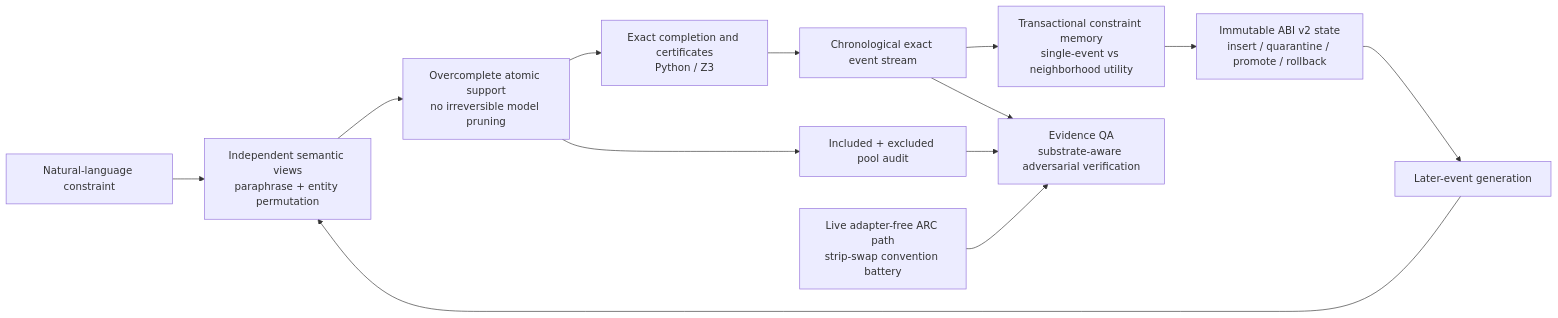
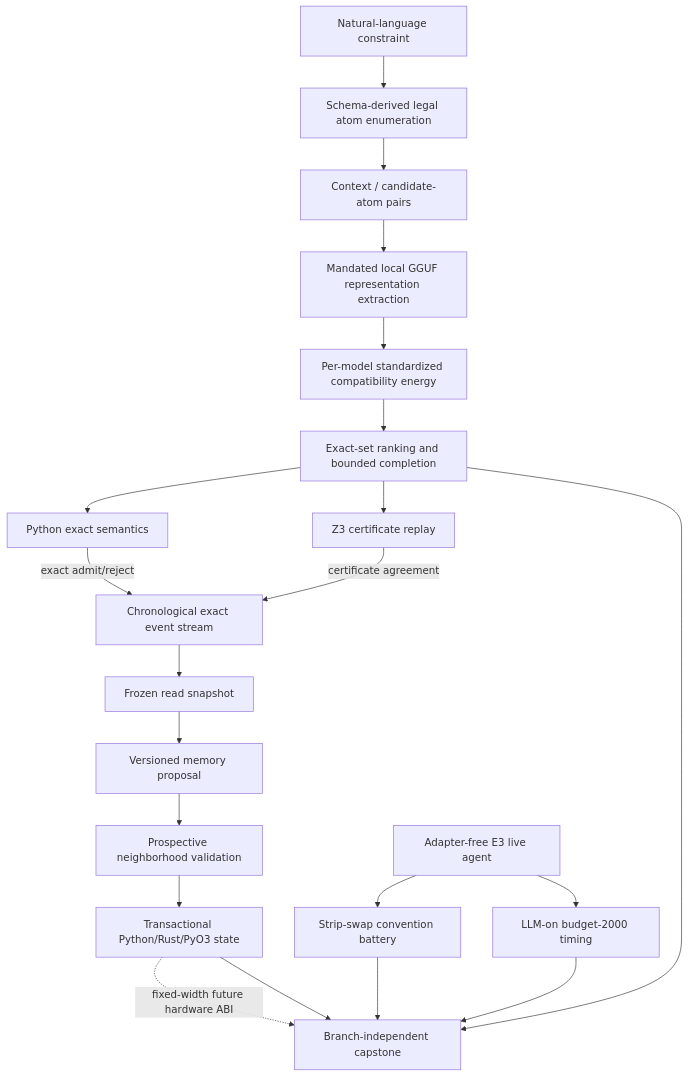
One commit to Carnot-EBM/carnot-ebm changed the diagram in openspec/change-proposals/research-roadmap-vNEXT.md. Above: the diagram before and after it, drawn with Mermaid. The commit also changed other lines of this file and 23 other files, not shown here.

````diff
--- a/openspec/change-proposals/research-roadmap-vNEXT.md
+++ b/openspec/change-proposals/research-roadmap-vNEXT.md
@@ -109,22 +86,32 @@
 ```mermaid
-flowchart LR
+flowchart TD
     NL[Natural-language constraint]
-    V[Independent semantic views<br/>paraphrase + entity permutation]
-    A[Overcomplete atomic support<br/>no irreversible model pruning]
-    C[Exact completion and certificates<br/>Python / Z3]
-    O[Included + excluded pool audit]
-    E[Chronological exact event stream]
-    M[Transactional constraint memory<br/>single-event vs neighborhood utility]
-    ABI[Immutable ABI v2 state<br/>insert / quarantine / promote / rollback]
-    L[Later-event generation]
-    ARC[Live adapter-free ARC path<br/>strip-swap convention battery]
-    QA[Evidence QA<br/>substrate-aware adversarial verification]
+    ENUM[Schema-derived legal atom enumeration]
+    PAIR[Context / candidate-atom pairs]
+    GGUF[Mandated local GGUF representation extraction]
+    ENERGY[Per-model standardized compatibility energy]
+    SET[Exact-set ranking and bounded completion]
+    PY[Python exact semantics]
+    Z3[Z3 certificate replay]
+    EVENT[Chronological exact event stream]
+    SNAP[Frozen read snapshot]
+    PROPOSE[Versioned memory proposal]
+    FUTURE[Prospective neighborhood validation]
+    STATE[Transactional Python/Rust/PyO3 state]
+    ARC[Adapter-free E3 live agent]
+    STRIP[Strip-swap convention battery]
+    BUDGET[LLM-on budget-2000 timing]
+    CAP[Branch-independent capstone]
 
-    NL --> V --> A --> C
-    A --> O
-    C --> E --> M --> ABI --> L
-    L --> V
-    ARC --> QA
-    O --> QA
-    E --> QA
+    NL --> ENUM --> PAIR --> GGUF --> ENERGY --> SET
+    SET --> PY
+    SET --> Z3
+    PY -->|exact admit/reject| EVENT
+    Z3 -->|certificate agreement| EVENT
+    EVENT --> SNAP --> PROPOSE --> FUTURE --> STATE
+    STATE -. fixed-width future hardware ABI .-> CAP
+    ARC --> STRIP --> CAP
+    ARC --> BUDGET --> CAP
+    SET --> CAP
+    STATE --> CAP
 ```
````
